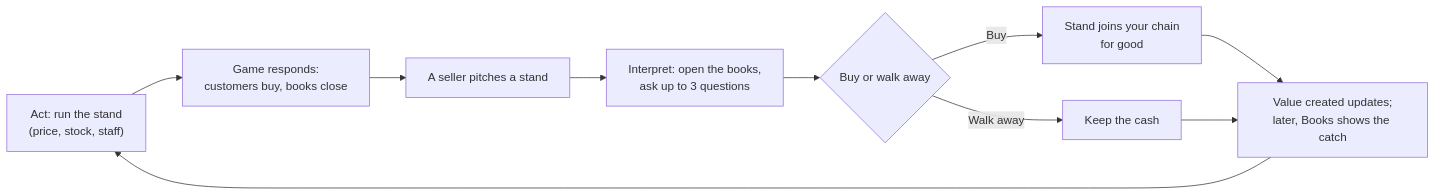
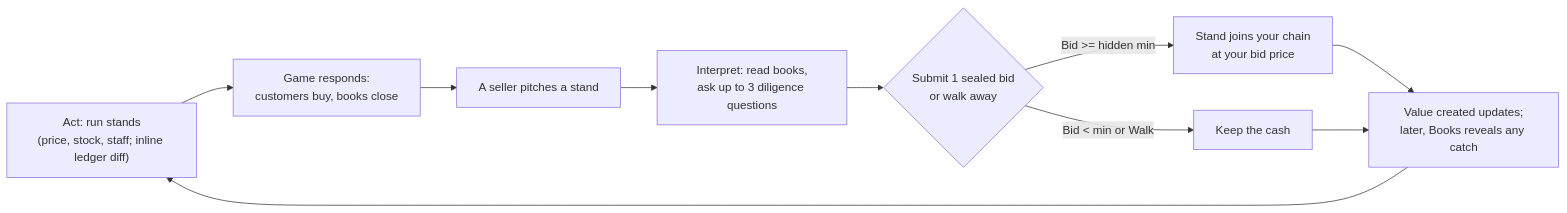
Before and after one commit to jianyangg/the-next-dollar: the diagram in docs/GAME_DESIGN_DOCUMENT.md, drawn with Mermaid. The commit also changed other lines of this file and 17 other files, not shown here.

````diff
--- a/docs/GAME_DESIGN_DOCUMENT.md
+++ b/docs/GAME_DESIGN_DOCUMENT.md
@@ -57,12 +57,12 @@
 ```mermaid
 flowchart LR
-  A["Act: run the stand<br/>(price, stock, staff)"] --> B["Game responds:<br/>customers buy, books close"]
+  A["Act: run stands<br/>(price, stock, staff; inline ledger diff)"] --> B["Game responds:<br/>customers buy, books close"]
   B --> C["A seller pitches a stand"]
-  C --> D["Interpret: open the books,<br/>ask up to 3 questions"]
-  D --> E{"Buy or walk away"}
-  E -- "Buy" --> F["Stand joins your chain<br/>for good"]
-  E -- "Walk away" --> G["Keep the cash"]
-  F --> H["Value created updates;<br/>later, Books shows the catch"]
+  C --> D["Interpret: read books,<br/>ask up to 3 diligence questions"]
+  D --> E{"Submit 1 sealed bid<br/>or walk away"}
+  E -- "Bid >= hidden min" --> F["Stand joins your chain<br/>at your bid price"]
+  E -- "Bid < min or Walk" --> G["Keep the cash"]
+  F --> H["Value created updates;<br/>later, Books reveals any catch"]
   G --> H
   H --> A
 ```
````
